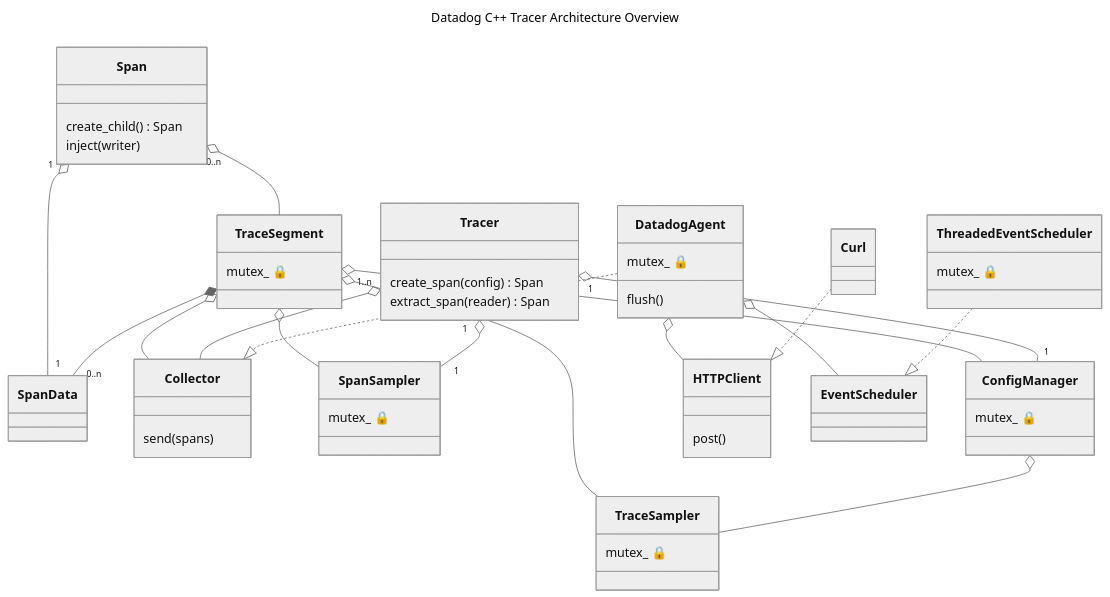
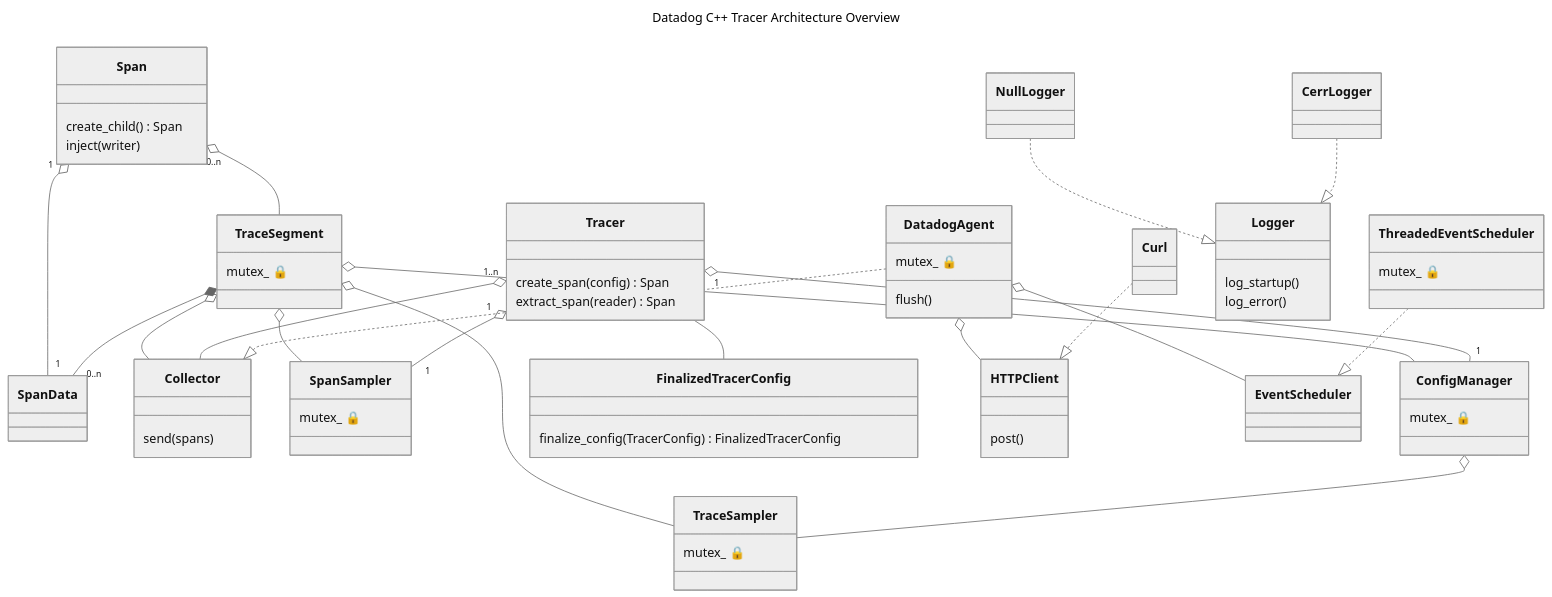
Before and after one commit to DataDog/dd-trace-cpp: the first of 2 diagrams in docs/design.md, drawn with Mermaid (neutral theme).

Commit message:
Design doc: add Logger class to class diagram

````diff
--- a/docs/design.md
+++ b/docs/design.md
@@ -36,6 +36,11 @@
   Tracer "1..n" o-- Collector
   Tracer "1" o-- "1" SpanSampler
   Tracer "1" o-- "1" ConfigManager
+  Tracer -- FinalizedTracerConfig
+
+  class FinalizedTracerConfig {
+    finalize_config(TracerConfig) FinalizedTracerConfig
+  }
 
   class SpanSampler {
     mutex_ 🔒
@@ -76,4 +81,14 @@
   }
   ThreadedEventScheduler ..|> EventScheduler
 
+  class Logger {
+    log_startup()
+    log_error()
+  }
+
+  class NullLogger
+  NullLogger ..|> Logger
+
+  class CerrLogger
+  CerrLogger ..|> Logger
 ```
````
